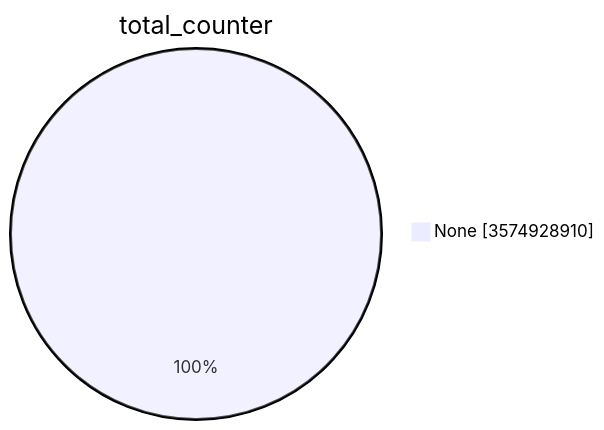
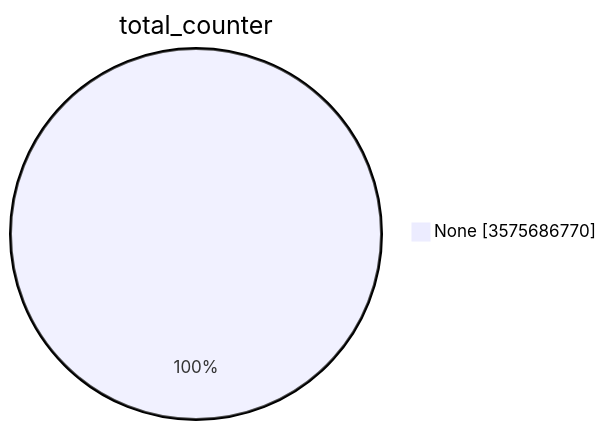
Before and after one commit to christiankrug/ctmonitor_visualization: the first of 15 diagrams in TOTAL/README.md, drawn with Mermaid. The commit also changed other lines of this file, not shown here.

````diff
--- a/TOTAL/README.md
+++ b/TOTAL/README.md
@@ -1,5 +1,5 @@
 ```mermaid
 pie showData
 title total_counter
-"None" :3574928910
+"None" :3575686770
 ```
````
